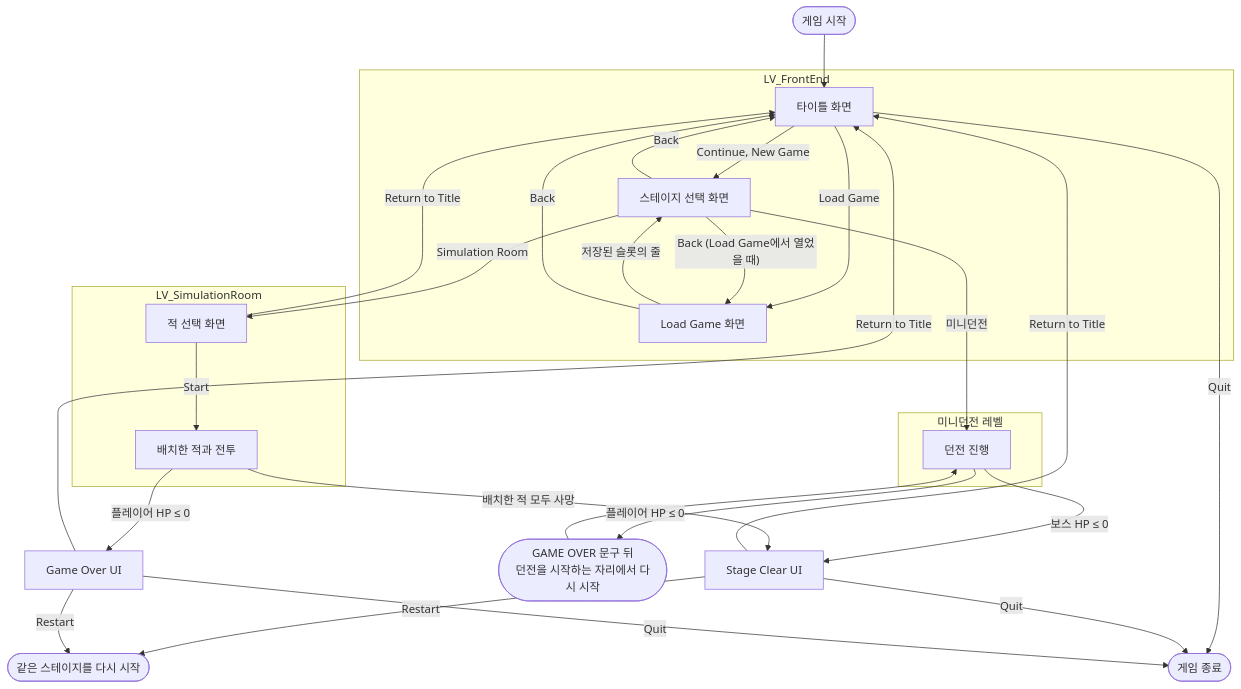
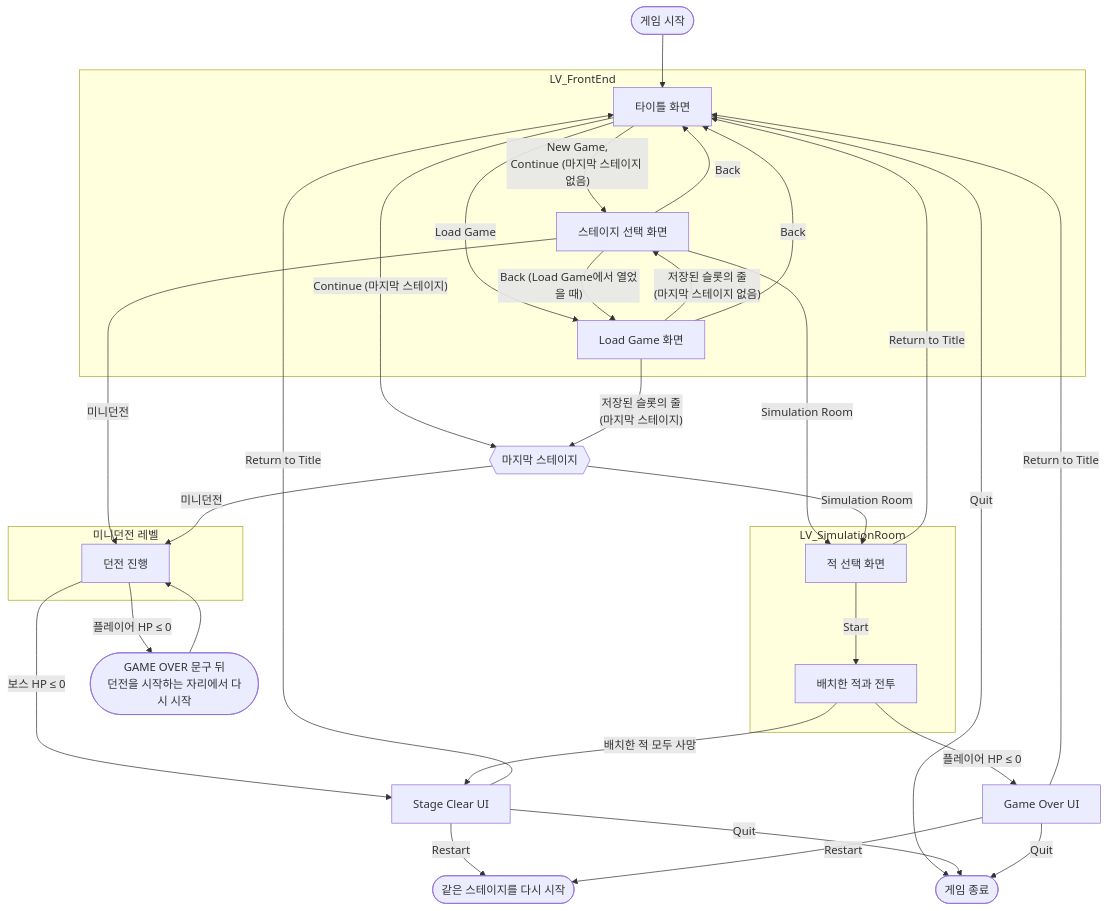
One commit to Woogl/Ag changed the diagram in Docs/Design/System/게임 플로우.md. Above: the diagram before and after it, drawn with Mermaid. The commit also changed other lines of this file and 7 other files, not shown here.

Commit message:
구현: Continue·Load Game이 마지막 스테이지로 바로 입장

````diff
--- a/Docs/Design/System/게임 플로우.md
+++ b/Docs/Design/System/게임 플로우.md
@@ -290,44 +291,48 @@
 ```mermaid
 flowchart TD
     start([게임 시작]) --> title
 
     subgraph FE["LV_FrontEnd"]
         title["타이틀 화면"]
         loadGame["Load Game 화면"]
         stageSelect["스테이지 선택 화면"]
-        title -->|Continue, New Game| stageSelect
+        title -->|"New Game,<br/>Continue (마지막 스테이지 없음)"| stageSelect
         title -->|Load Game| loadGame
-        loadGame -->|저장된 슬롯의 줄| stageSelect
+        loadGame -->|"저장된 슬롯의 줄<br/>(마지막 스테이지 없음)"| stageSelect
         loadGame -->|Back| title
         stageSelect -->|Back| title
         stageSelect -->|"Back (Load Game에서 열었을 때)"| loadGame
     end
 
     title -->|Quit| exitGame([게임 종료])
     stageSelect -->|미니던전| dungeon
     stageSelect -->|Simulation Room| enemySelect
+    title -->|"Continue (마지막 스테이지)"| lastStage
+    loadGame -->|"저장된 슬롯의 줄<br/>(마지막 스테이지)"| lastStage
+    lastStage{{"마지막 스테이지"}} -->|미니던전| dungeon
+    lastStage -->|Simulation Room| enemySelect
 
     subgraph DUNGEON["미니던전 레벨"]
         dungeon["던전 진행"]
     end
 
     subgraph SIM["LV_SimulationRoom"]
         enemySelect["적 선택 화면"]
         simCombat["배치한 적과 전투"]
         enemySelect -->|Start| simCombat
     end
 
     enemySelect -->|Return to Title| title
     dungeon -->|보스 HP ≤ 0| clearUI["Stage Clear UI"]
     dungeon -->|플레이어 HP ≤ 0| dungeonRestart(["GAME OVER 문구 뒤<br/>던전을 시작하는 자리에서 다시 시작"])
     dungeonRestart --> dungeon
     simCombat -->|배치한 적 모두 사망| clearUI
     simCombat -->|플레이어 HP ≤ 0| overUI["Game Over UI"]
 
     clearUI -->|Restart| restart(["같은 스테이지를 다시 시작"])
     overUI -->|Restart| restart
     clearUI -->|Return to Title| title
     overUI -->|Return to Title| title
     clearUI -->|Quit| exitGame
     overUI -->|Quit| exitGame
 ```
````
